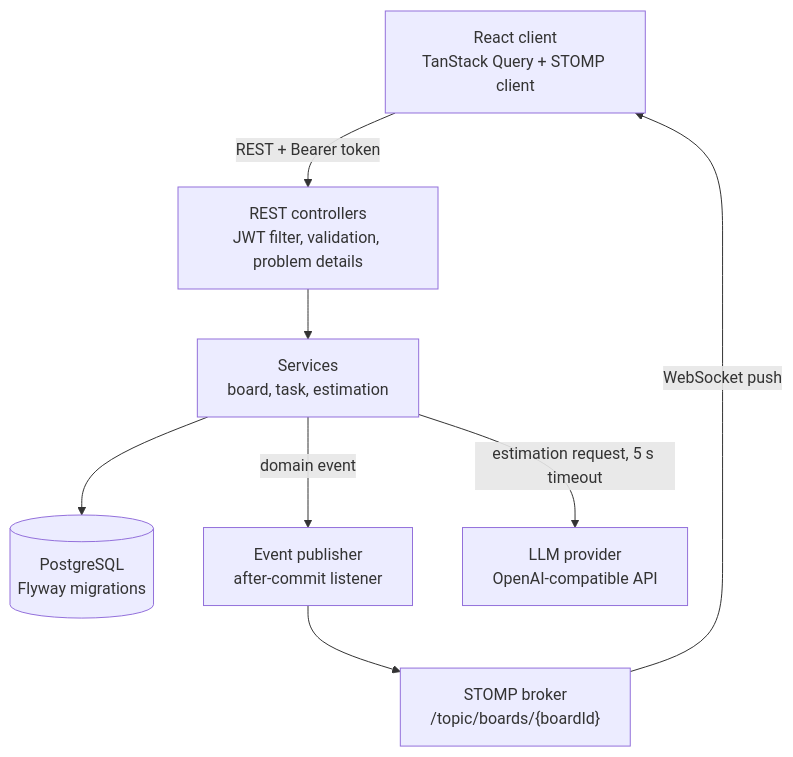
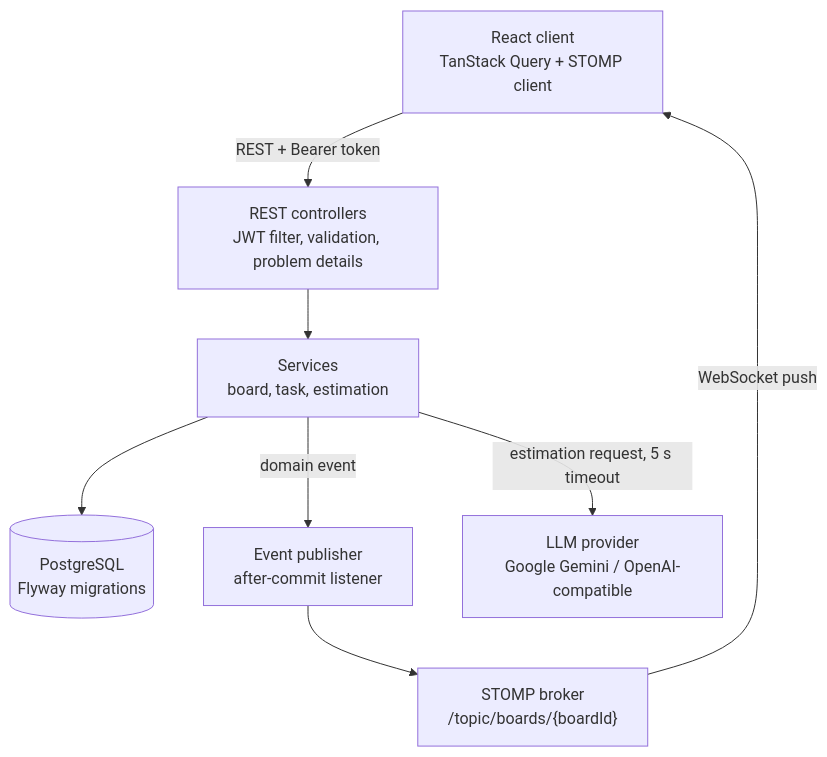
One commit to Aviator-18/atlas-realtime-taskboard changed the first of 2 diagrams in README.md. Above: the diagram before and after it, drawn with Mermaid. The commit also changed other lines of this file, not shown here.

````diff
--- a/README.md
+++ b/README.md
@@ -190,18 +69,18 @@
 ```mermaid
 flowchart TD
     Browser["React client<br/>TanStack Query + STOMP client"]
     API["REST controllers<br/>JWT filter, validation, problem details"]
     Svc["Services<br/>board, task, estimation"]
     DB[("PostgreSQL<br/>Flyway migrations")]
     Pub["Event publisher<br/>after-commit listener"]
     Broker["STOMP broker<br/>/topic/boards/{boardId}"]
-    LLM["LLM provider<br/>OpenAI-compatible API"]
+    LLM["LLM provider<br/>Google Gemini / OpenAI-compatible"]
 
     Browser -->|"REST + Bearer token"| API
     API --> Svc
     Svc --> DB
     Svc -->|"domain event"| Pub
     Pub --> Broker
     Broker -->|"WebSocket push"| Browser
     Svc -->|"estimation request, 5 s timeout"| LLM
 ```
````
